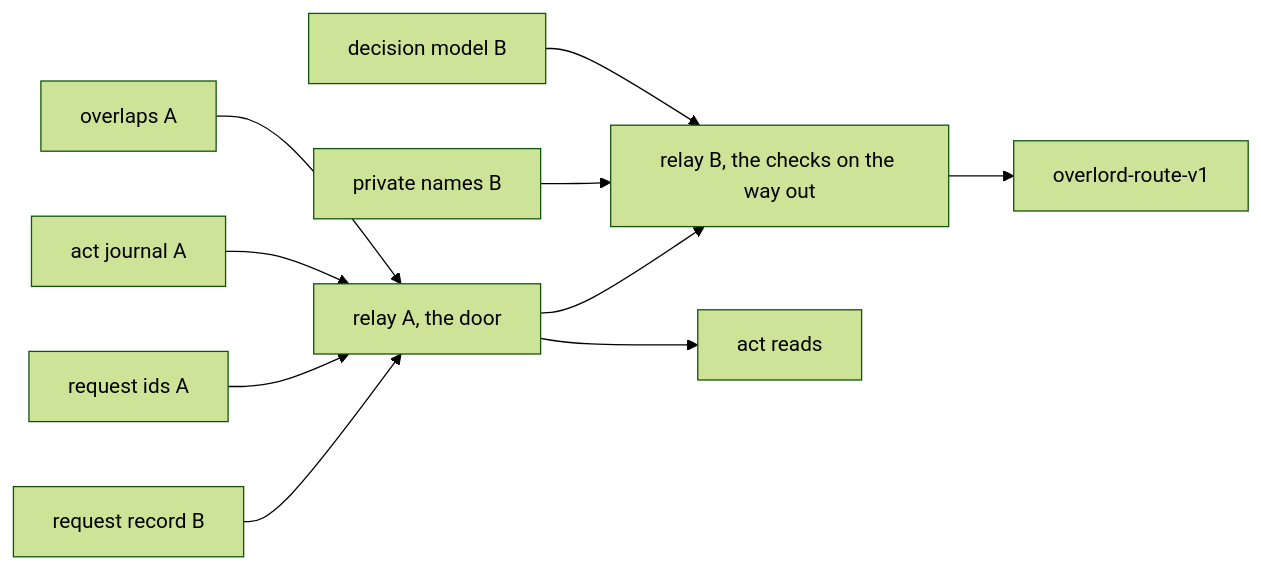
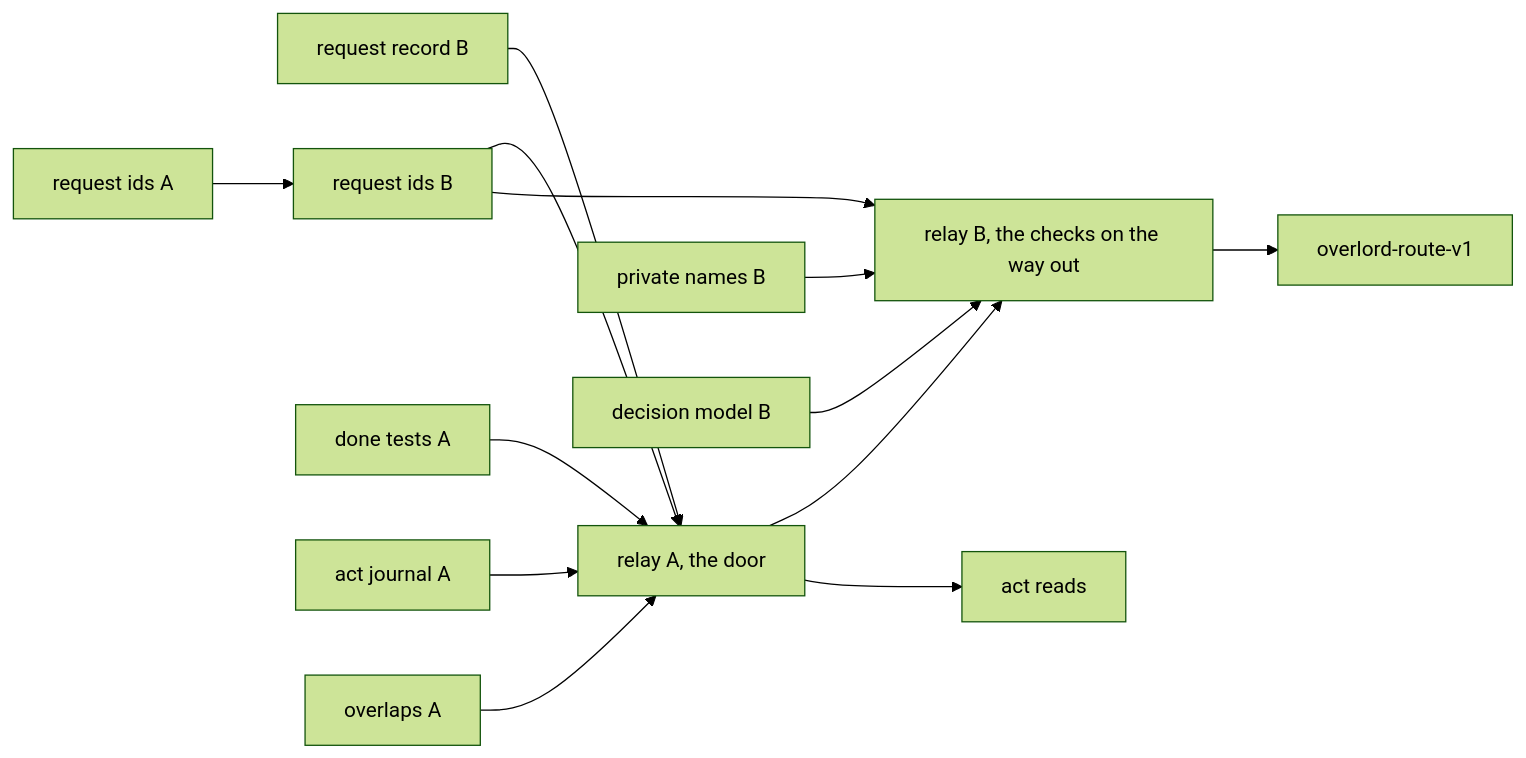
Before and after one commit to Synapsium-Labs/ccrc-pwa: the fourth of 4 diagrams in docs/superpowers/plans/2026-11-16-overlord-w2/w2-relay.md, drawn with Mermaid (forest theme). The commit also changed other lines of this file, not shown here.

````diff
--- a/docs/superpowers/plans/2026-11-16-overlord-w2/w2-relay.md
+++ b/docs/superpowers/plans/2026-11-16-overlord-w2/w2-relay.md
@@ -662,12 +783,15 @@
 ```mermaid
 flowchart LR
   RQB["request record B"] --> A["relay A, the door"]
-  RIA["request ids A"] --> A
+  RIA["request ids A"] --> RIB["request ids B"]
+  RIB --> A
+  DTA["done tests A"] --> A
   AJA["act journal A"] --> A
   OVA["overlaps A"] --> A
   A --> B["relay B, the checks on the way out"]
+  RIB --> B
   PNB["private names B"] --> B
   DMB["decision model B"] --> B
   A --> AR["act reads"]
   B --> RV1["overlord-route-v1"]
 ```
````
